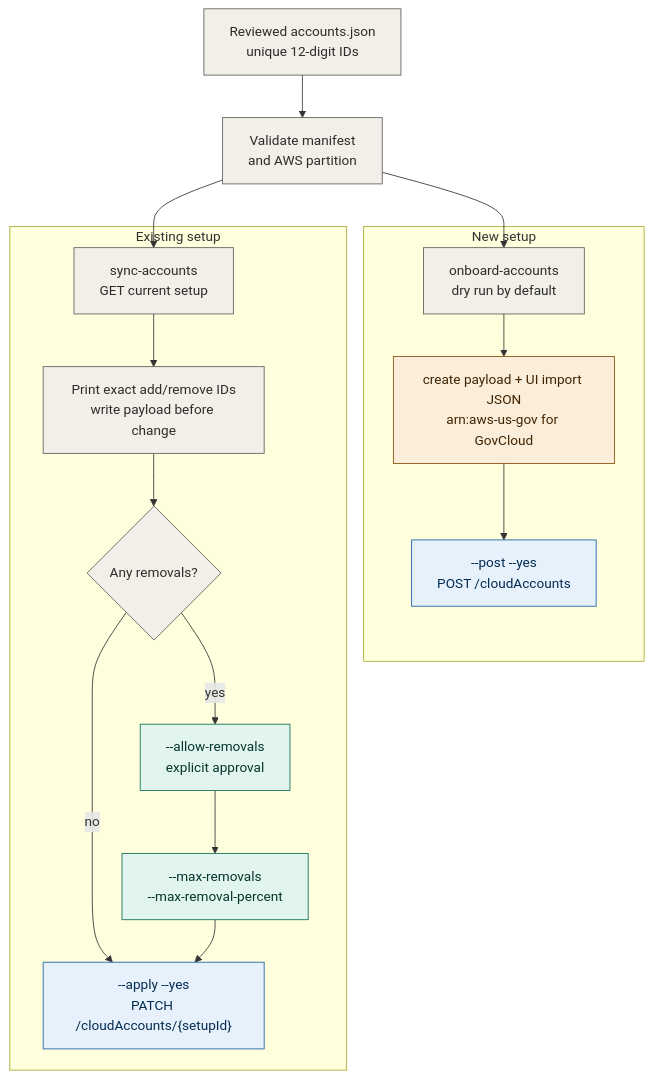
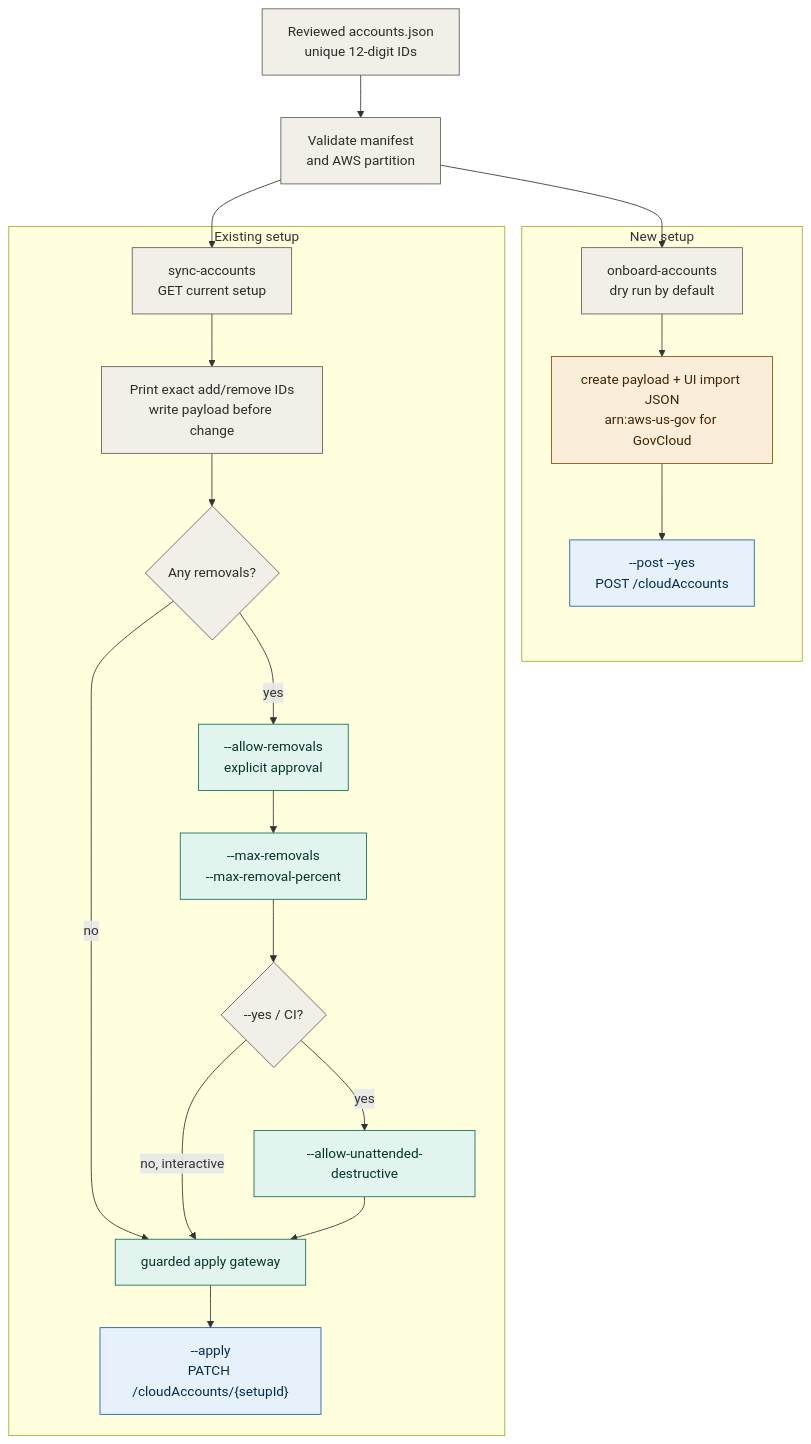
The fifth of 9 diagrams in docs/architecture-flow.md (forwardnetworks/aws-sync), drawn with Mermaid before and after one commit. The commit also changed other lines of this file and 6 other files, not shown here.

````diff
--- a/docs/architecture-flow.md
+++ b/docs/architecture-flow.md
@@ -199,36 +206,42 @@
 ```mermaid
 flowchart TB
     manifest["Reviewed accounts.json\nunique 12-digit IDs"]
     validate["Validate manifest\nand AWS partition"]
 
     subgraph create_path["New setup"]
         onboard["onboard-accounts\ndry run by default"]
         create_files["create payload + UI import JSON\narn:aws-us-gov for GovCloud"]
         post["--post --yes\nPOST /cloudAccounts"]
     end
 
     subgraph update_path["Existing setup"]
         sync["sync-accounts\nGET current setup"]
         diff["Print exact add/remove IDs\nwrite payload before change"]
         removal{"Any removals?"}
-        patch["--apply --yes\nPATCH /cloudAccounts/{setupId}"]
+        unattended{"--yes / CI?"}
+        acknowledge["--allow-unattended-destructive"]
+        gateway["guarded apply gateway"]
+        patch["--apply\nPATCH /cloudAccounts/{setupId}"]
         approved["--allow-removals\nexplicit approval"]
         blast["--max-removals\n--max-removal-percent"]
     end
 
     manifest --> validate
     validate --> onboard --> create_files --> post
     validate --> sync --> diff --> removal
-    removal -- "no" --> patch
-    removal -- "yes" --> approved --> blast --> patch
+    removal -- "no" --> gateway
+    removal -- "yes" --> approved --> blast --> unattended
+    unattended -- "no, interactive" --> gateway
+    unattended -- "yes" --> acknowledge --> gateway
+    gateway --> patch
 
     classDef neutral fill:#F1EFE8,stroke:#5F5E5A,color:#2C2C2A;
     classDef fwdnode fill:#E6F1FB,stroke:#185FA5,color:#042C53;
     classDef artifact fill:#FAEEDA,stroke:#854F0B,color:#412402;
     classDef safe fill:#E1F5EE,stroke:#0F6E56,color:#04342C;
 
-    class manifest,validate,onboard,sync,diff,removal neutral;
+    class manifest,validate,onboard,sync,diff,removal,unattended neutral;
     class create_files artifact;
     class post,patch fwdnode;
-    class approved,blast safe;
+    class approved,blast,acknowledge,gateway safe;
 ```
````
